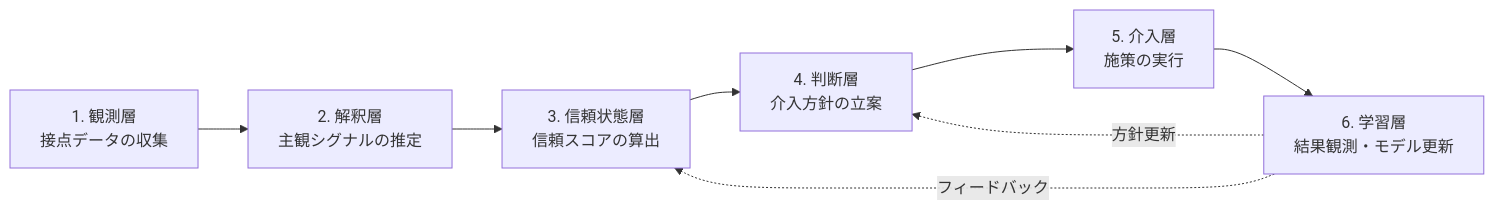
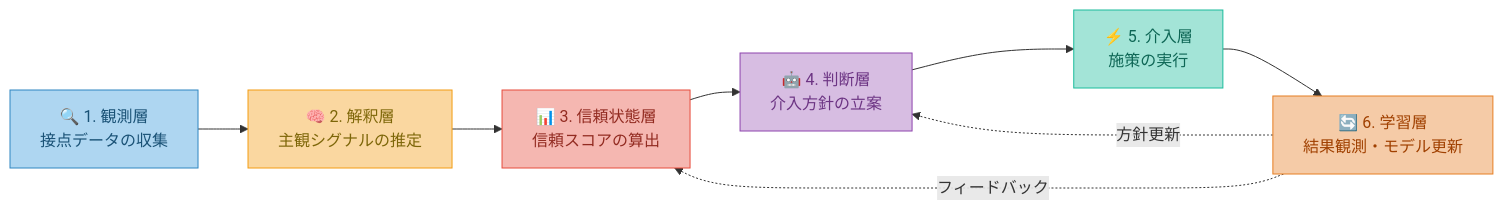
The diagram in README.md (KazuakiWatanabe/subjective-trust-platform), drawn with Mermaid before and after one commit. The commit also changed 2 other files, not shown here.

Commit message:
図の修正

````diff
--- a/README.md
+++ b/README.md
@@ -67,10 +67,17 @@
 ```mermaid
 flowchart LR
-    A["1. 観測層<br/>接点データの収集"] --> B["2. 解釈層<br/>主観シグナルの推定"]
-    B --> C["3. 信頼状態層<br/>信頼スコアの算出"]
-    C --> D["4. 判断層<br/>介入方針の立案"]
-    D --> E["5. 介入層<br/>施策の実行"]
-    E --> F["6. 学習層<br/>結果観測・モデル更新"]
+    A["🔍 1. 観測層<br/>接点データの収集"] --> B["🧠 2. 解釈層<br/>主観シグナルの推定"]
+    B --> C["📊 3. 信頼状態層<br/>信頼スコアの算出"]
+    C --> D["🤖 4. 判断層<br/>介入方針の立案"]
+    D --> E["⚡ 5. 介入層<br/>施策の実行"]
+    E --> F["🔄 6. 学習層<br/>結果観測・モデル更新"]
     F -.->|フィードバック| C
     F -.->|方針更新| D
+
+    style A fill:#AED6F1,stroke:#2E86C1,color:#1A5276
+    style B fill:#FAD7A0,stroke:#F39C12,color:#7D6608
+    style C fill:#F5B7B1,stroke:#E74C3C,color:#922B21
+    style D fill:#D7BDE2,stroke:#8E44AD,color:#6C3483
+    style E fill:#A3E4D7,stroke:#1ABC9C,color:#0E6655
+    style F fill:#F5CBA7,stroke:#E67E22,color:#A04000
 ```
````
